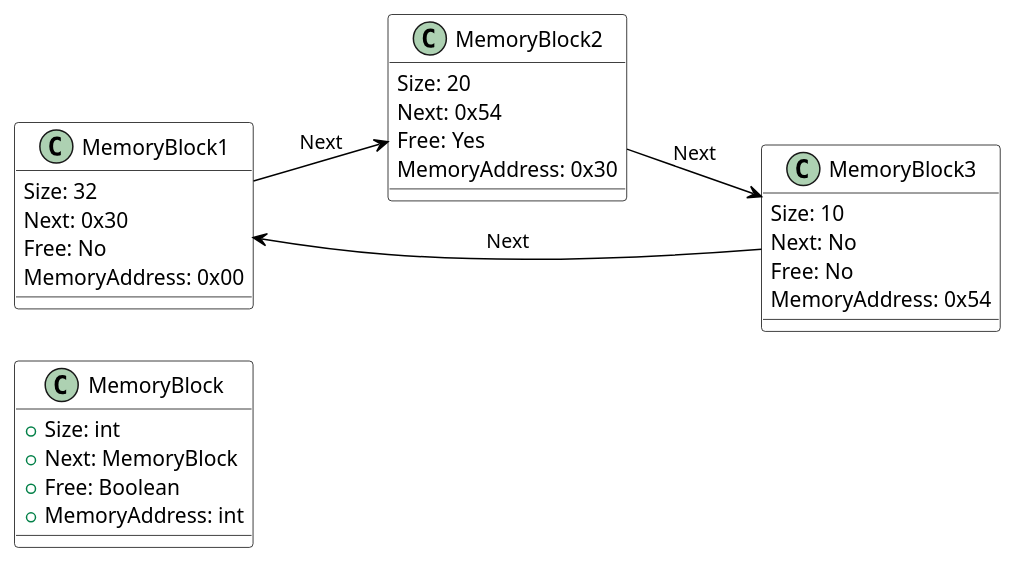
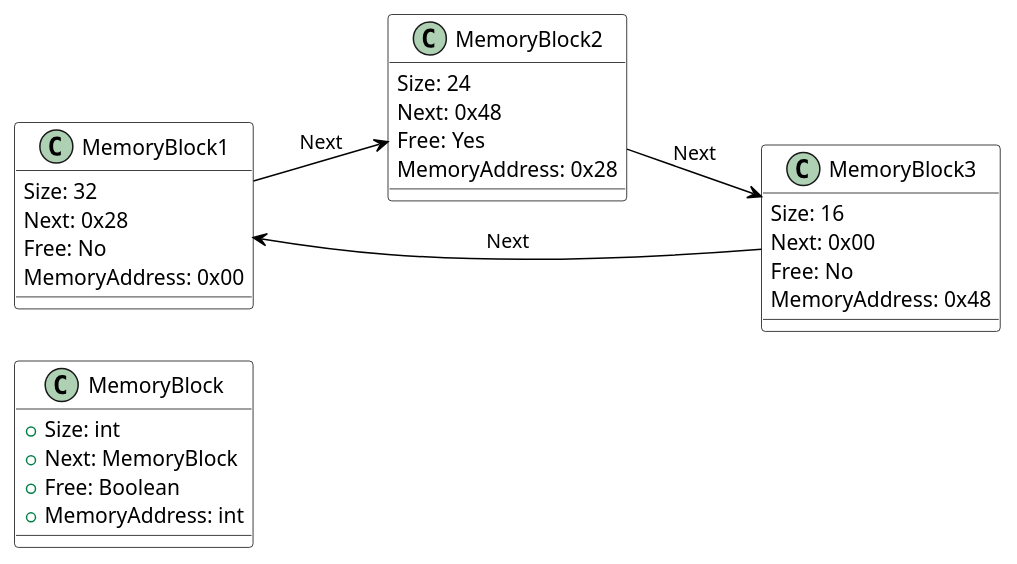
One commit to SetareIzadi/Assignment-2---Operating-Systems changed the diagram in CircularSinglyLinkedList.puml. Above: the diagram before and after it, drawn with PlantUML.

```diff
--- a/CircularSinglyLinkedList.puml
+++ b/CircularSinglyLinkedList.puml
@@ -1,36 +1,36 @@
 @startuml
 skinparam class {
     BackgroundColor White
     BorderColor Black
     ArrowColor Black
     RoundCorner 20
 }
 
 left to right direction
 
 class MemoryBlock {
     + Size: int
     + Next: MemoryBlock
     + Free: Boolean
     + MemoryAddress: int
 }
 
 MemoryBlock1 : Size: 32
-MemoryBlock1 : Next: 0x30
+MemoryBlock1 : Next: 0x28
 MemoryBlock1 : Free: No
 MemoryBlock1 : MemoryAddress: 0x00
 MemoryBlock1 --> MemoryBlock2 : Next
 
-MemoryBlock2 : Size: 20
-MemoryBlock2 : Next: 0x54
+MemoryBlock2 : Size: 24
+MemoryBlock2 : Next: 0x48
 MemoryBlock2 : Free: Yes
-MemoryBlock2 : MemoryAddress: 0x30
+MemoryBlock2 : MemoryAddress: 0x28
 MemoryBlock2 --> MemoryBlock3 : Next
 
-MemoryBlock3 : Size: 10
-MemoryBlock3 : Next: No
+MemoryBlock3 : Size: 16
+MemoryBlock3 : Next: 0x00
 MemoryBlock3 : Free: No
-MemoryBlock3 : MemoryAddress: 0x54
+MemoryBlock3 : MemoryAddress: 0x48
 MemoryBlock3 --> MemoryBlock1 : Next
 
 @enduml
```
